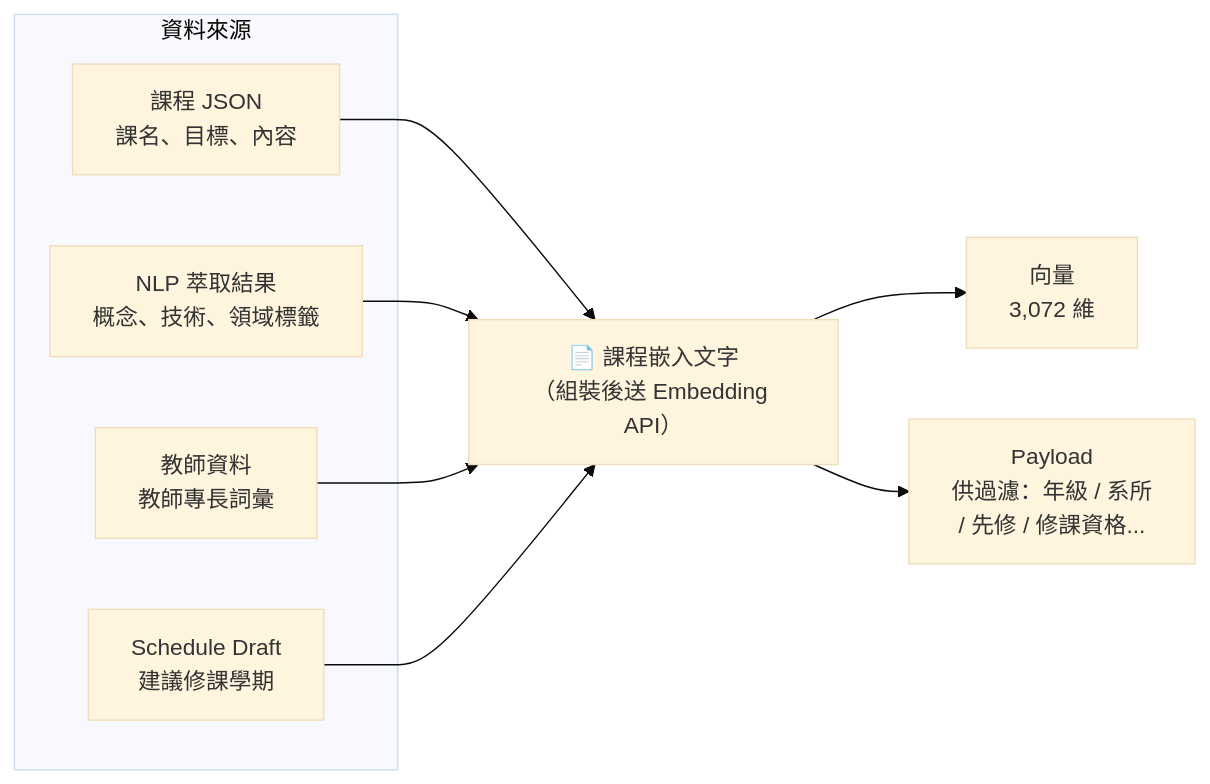
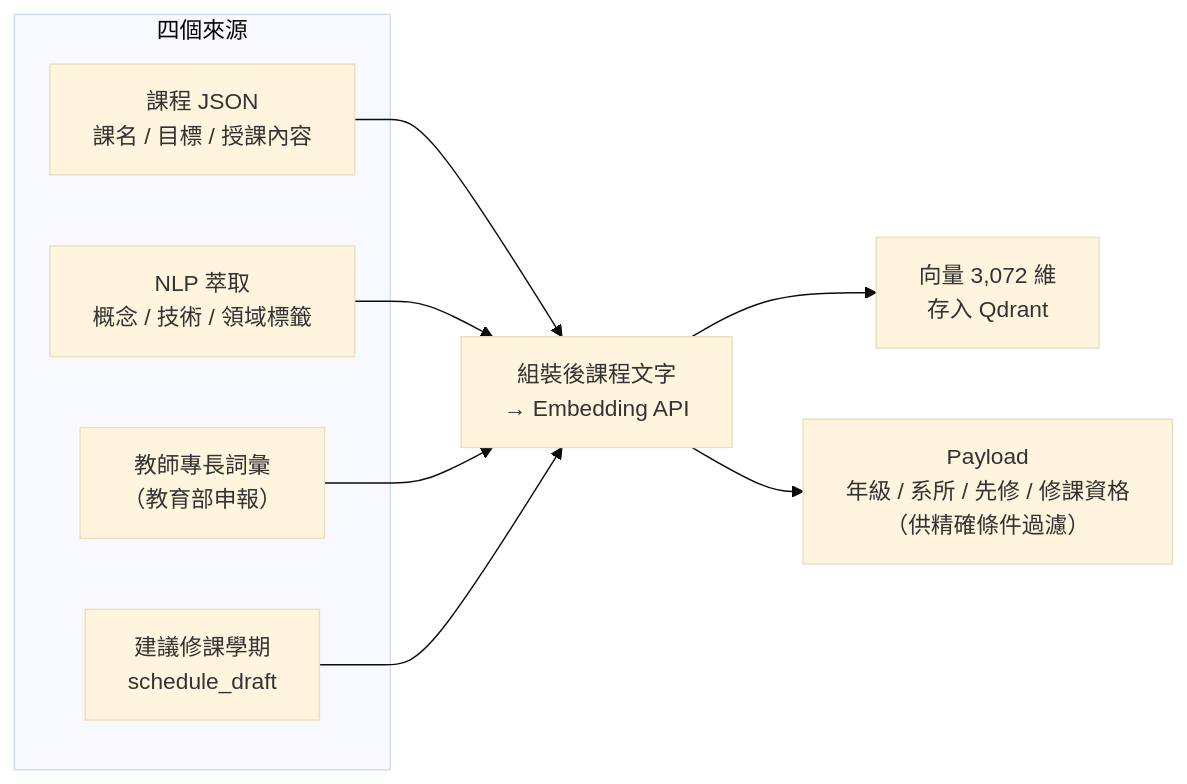
One commit to 77JoyWang77/NCU_AI_Guidance changed the sixth of 10 diagrams in docs/06-midterm-report/midterm-report.md. Above: the diagram before and after it, drawn with Mermaid (base theme). The commit also changed other lines of this file and 15 other files, not shown here.

````diff
--- a/docs/06-midterm-report/midterm-report.md
+++ b/docs/06-midterm-report/midterm-report.md
@@ -348,17 +368,17 @@
 ```mermaid
 flowchart LR
-    subgraph Inputs["資料來源"]
-        A["課程 JSON<br/>課名、目標、內容"]
-        B["NLP 萃取結果<br/>概念、技術、領域標籤"]
-        C["教師資料<br/>教師專長詞彙"]
-        D["Schedule Draft<br/>建議修課學期"]
+    subgraph src["四個來源"]
+        A["課程 JSON<br/>課名 / 目標 / 授課內容"]
+        B["NLP 萃取<br/>概念 / 技術 / 領域標籤"]
+        C["教師專長詞彙<br/>（教育部申報）"]
+        D["建議修課學期<br/>schedule_draft"]
     end
 
-    DOC["📄 課程嵌入文字<br/>（組裝後送 Embedding API）"]
-    VEC["向量<br/>3,072 維"]
-    PAY["Payload<br/>供過濾：年級 / 系所<br/>/ 先修 / 修課資格..."]
+    DOC["組裝後課程文字<br/>→ Embedding API"]
+    VEC["向量 3,072 維<br/>存入 Qdrant"]
+    PAY["Payload<br/>年級 / 系所 / 先修 / 修課資格<br/>（供精確條件過濾）"]
 
     A & B & C & D --> DOC
     DOC --> VEC
     DOC --> PAY
 ```
````
